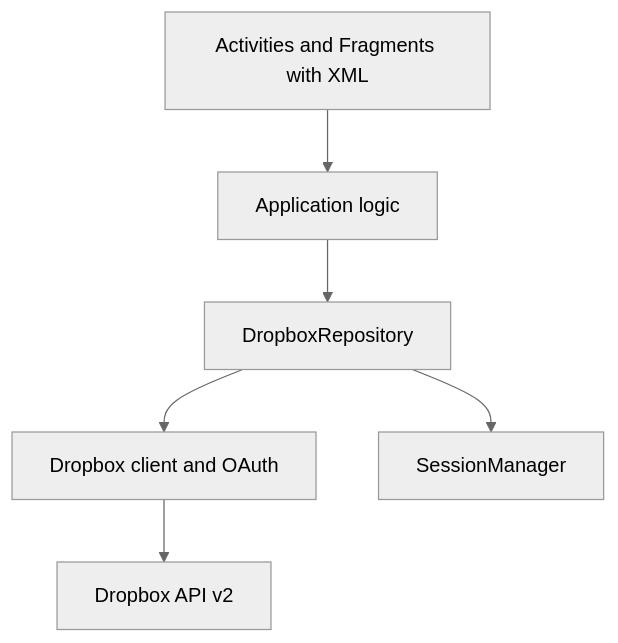
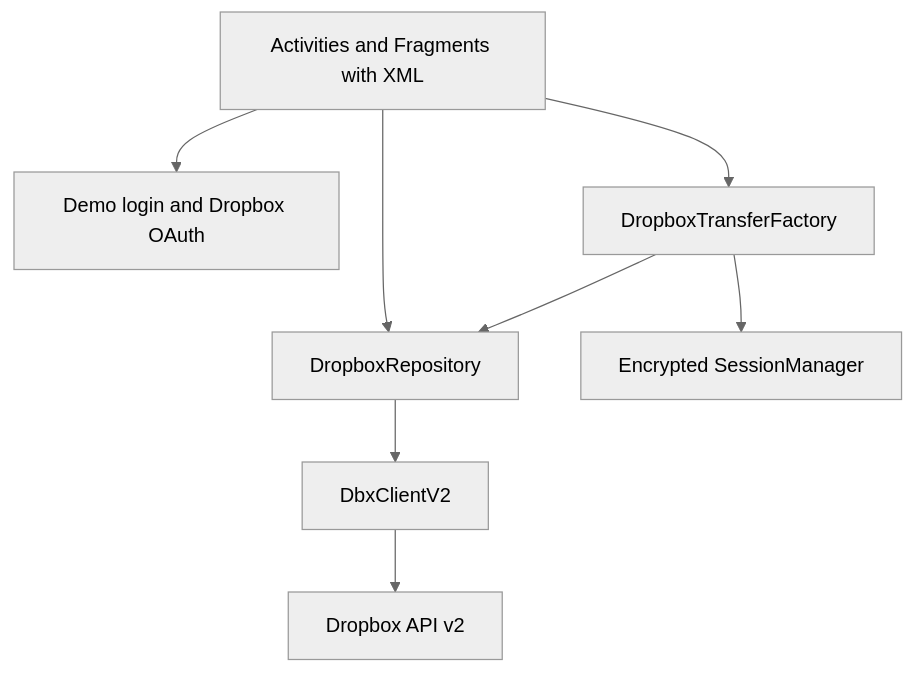
Before and after one commit to NamICT135/Dropbox-Client-Android: the diagram in README.md, drawn with Mermaid (neutral theme). The commit also changed other lines of this file, not shown here.

````diff
--- a/README.md
+++ b/README.md
@@ -42,8 +42,10 @@
 ```mermaid
 flowchart TD
-    UI[Activities and Fragments with XML] --> LOGIC[Application logic]
-    LOGIC --> REPO[DropboxRepository]
-    REPO --> CLIENT[Dropbox client and OAuth]
-    REPO --> SESSION[SessionManager]
+    UI[Activities and Fragments with XML] --> AUTH[Demo login and Dropbox OAuth]
+    UI --> FACTORY[DropboxTransferFactory]
+    UI --> REPO[DropboxRepository]
+    FACTORY --> SESSION[Encrypted SessionManager]
+    FACTORY --> REPO
+    REPO --> CLIENT[DbxClientV2]
     CLIENT --> API[Dropbox API v2]
 ```
````
